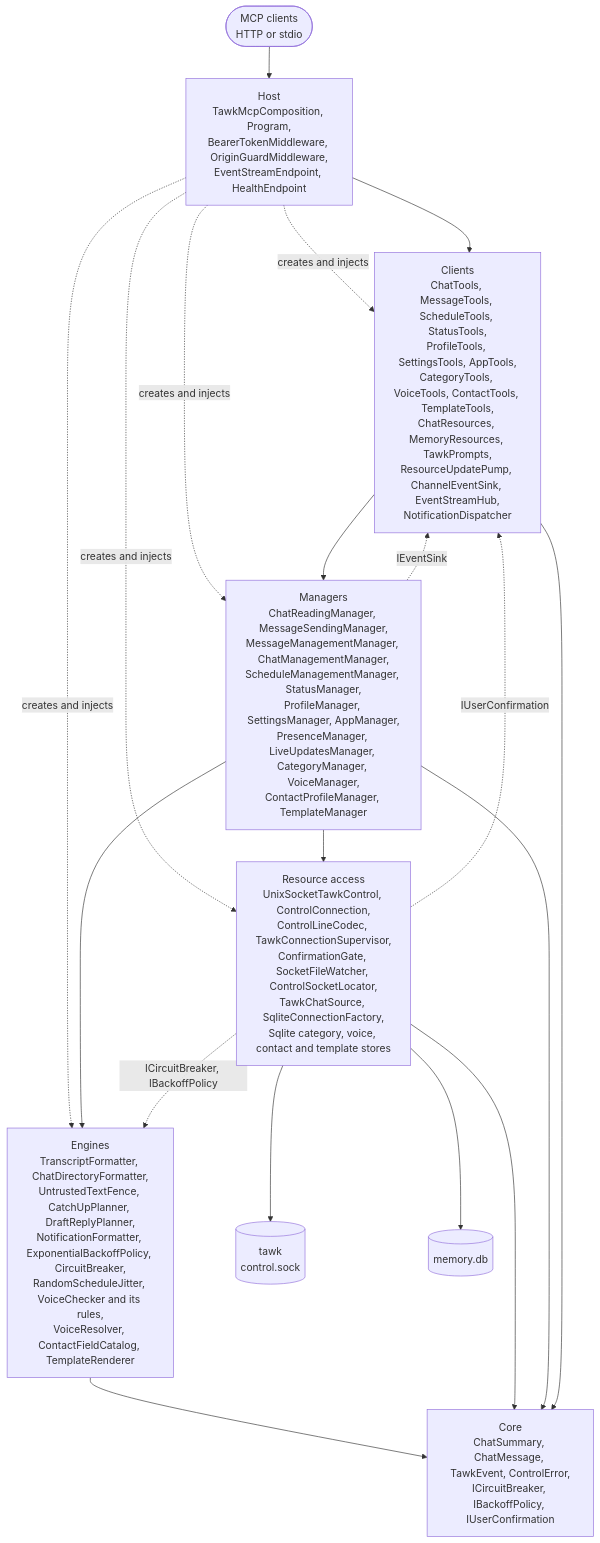
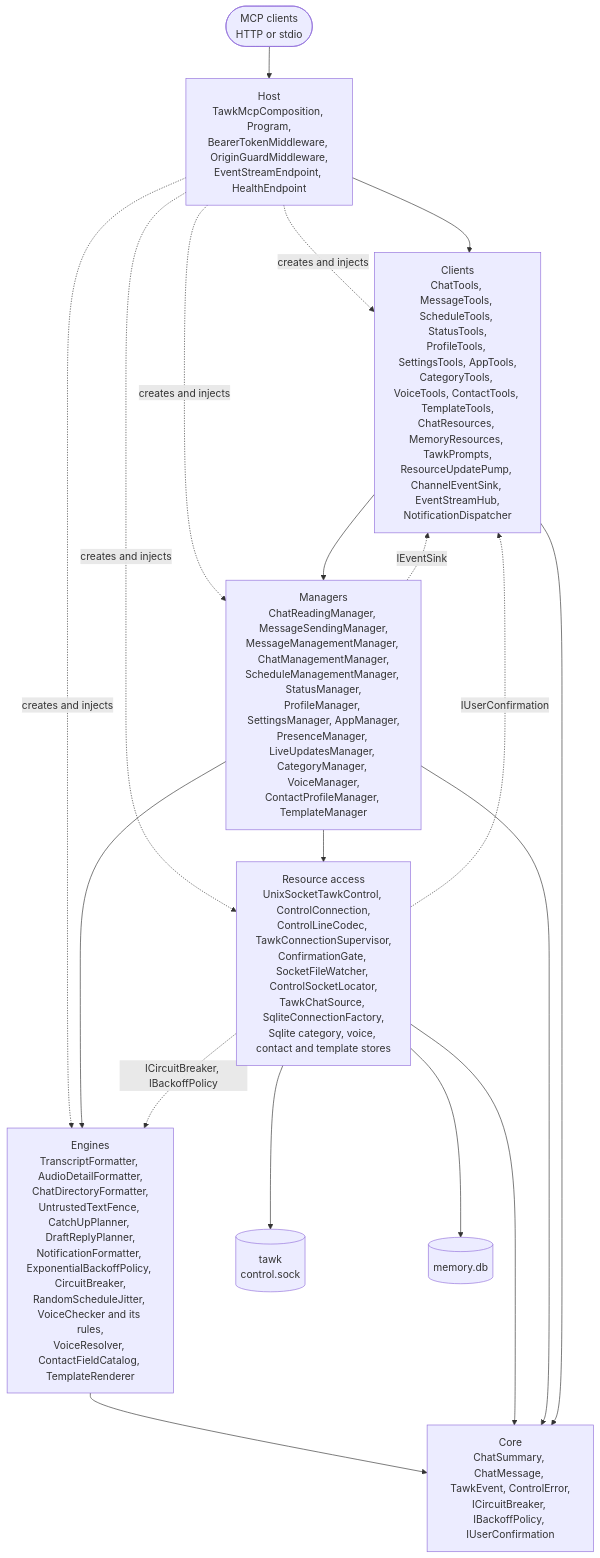
The first of 2 diagrams in ARCHITECTURE.md (loganventer/Corvus.Mcp.Server.Tawk), drawn with Mermaid before and after one commit. The commit also changed other lines of this file and 3 other files, not shown here.

First line of the commit message:
Describe the length and played time of a voice note in the manual and the architecture (#43)

````diff
--- a/ARCHITECTURE.md
+++ b/ARCHITECTURE.md
@@ -31,27 +31,27 @@
 ```mermaid
 flowchart TD
     HOST["Host<br/>TawkMcpComposition, Program,<br/>BearerTokenMiddleware, OriginGuardMiddleware,<br/>EventStreamEndpoint, HealthEndpoint"]
     CL["Clients<br/>ChatTools, MessageTools, ScheduleTools, StatusTools,<br/>ProfileTools, SettingsTools, AppTools,<br/>CategoryTools, VoiceTools, ContactTools, TemplateTools,<br/>ChatResources, MemoryResources, TawkPrompts,<br/>ResourceUpdatePump, ChannelEventSink, EventStreamHub,<br/>NotificationDispatcher"]
     MG["Managers<br/>ChatReadingManager, MessageSendingManager,<br/>MessageManagementManager, ChatManagementManager,<br/>ScheduleManagementManager, StatusManager,<br/>ProfileManager, SettingsManager, AppManager,<br/>PresenceManager, LiveUpdatesManager, CategoryManager, VoiceManager,<br/>ContactProfileManager, TemplateManager"]
-    EN["Engines<br/>TranscriptFormatter, ChatDirectoryFormatter,<br/>UntrustedTextFence, CatchUpPlanner, DraftReplyPlanner,<br/>NotificationFormatter, ExponentialBackoffPolicy, CircuitBreaker,<br/>RandomScheduleJitter, VoiceChecker and its rules,<br/>VoiceResolver, ContactFieldCatalog, TemplateRenderer"]
+    EN["Engines<br/>TranscriptFormatter, AudioDetailFormatter,<br/>ChatDirectoryFormatter,<br/>UntrustedTextFence, CatchUpPlanner, DraftReplyPlanner,<br/>NotificationFormatter, ExponentialBackoffPolicy, CircuitBreaker,<br/>RandomScheduleJitter, VoiceChecker and its rules,<br/>VoiceResolver, ContactFieldCatalog, TemplateRenderer"]
     RA["Resource access<br/>UnixSocketTawkControl, ControlConnection,<br/>ControlLineCodec, TawkConnectionSupervisor,<br/>ConfirmationGate, SocketFileWatcher, ControlSocketLocator,<br/>TawkChatSource, SqliteConnectionFactory,<br/>Sqlite category, voice, contact and template stores"]
     CO["Core<br/>ChatSummary, ChatMessage, TawkEvent, ControlError,<br/>ICircuitBreaker, IBackoffPolicy, IUserConfirmation"]
     TAWK[("tawk<br/>control.sock")]
     MCP(["MCP clients<br/>HTTP or stdio"])
 
     HOST -.->|creates and injects| CL & MG & EN & RA
     MCP --> HOST
     HOST --> CL
     CL --> MG
     MG --> EN
     MG --> RA
     MG -.->|IEventSink| CL
     RA -.->|ICircuitBreaker, IBackoffPolicy| EN
     RA -.->|IUserConfirmation| CL
     RA --> TAWK
     RA --> DB[("memory.db")]
     EN --> CO
     RA --> CO
     MG --> CO
     CL --> CO
 ```
````
